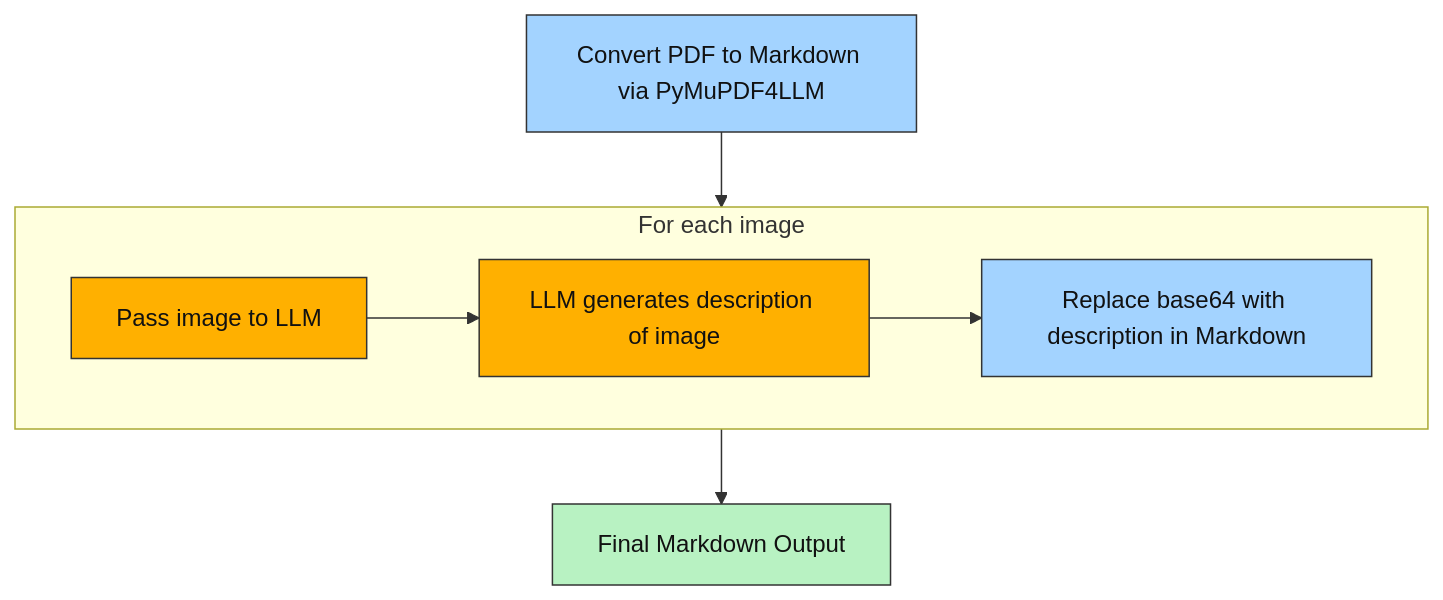
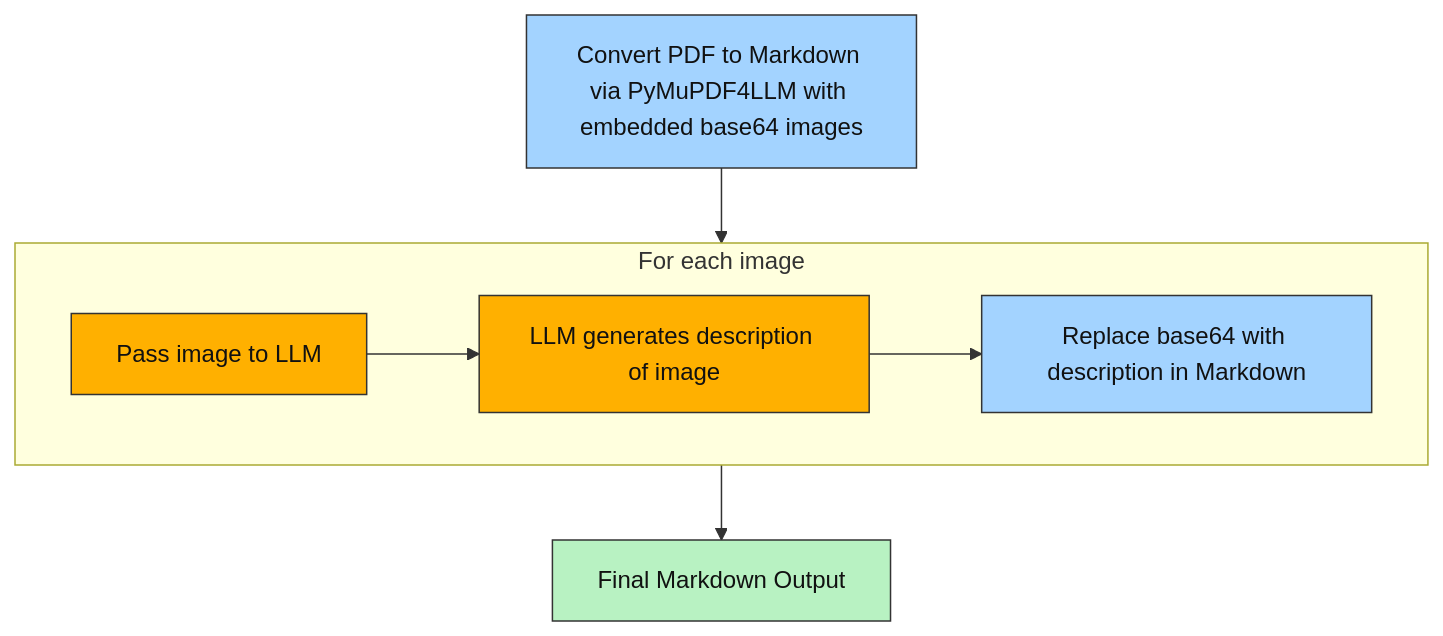
One commit to DanGiannone1/document_ingestion_for_genai changed the second of 2 diagrams in README.md. Above: the diagram before and after it, drawn with Mermaid.

````diff
--- a/README.md
+++ b/README.md
@@ -68,25 +68,25 @@
 ```mermaid
 graph TD
-A[Convert PDF to Markdown via PyMuPDF4LLM]
+A[Convert PDF to Markdown via PyMuPDF4LLM with embedded base64 images]
 subgraph "For each image"
 direction LR
 B[Pass image to LLM] --> C[LLM generates description of image]
 C --> D[Replace base64 with description in Markdown]
 end
 A --> B
 D --> E[Final Markdown Output]
 
 %% ---- Reusable style classes (readable on GitHub light & dark) ----
 classDef llm fill:#FFB000,stroke:#333,stroke-width:1px,color:#111;
 classDef nonllm fill:#A3D3FF,stroke:#333,stroke-width:1px,color:#111;
 classDef output fill:#B8F2C2,stroke:#333,stroke-width:1px,color:#111;
 classDef term fill:#EDEDED,stroke:#333,stroke-width:1px,color:#111;
 
 %% ---- Apply classes ----
 class A nonllm;
 class B llm;
 class C llm;
 class D nonllm;
 class E output;
 
 ```
````
